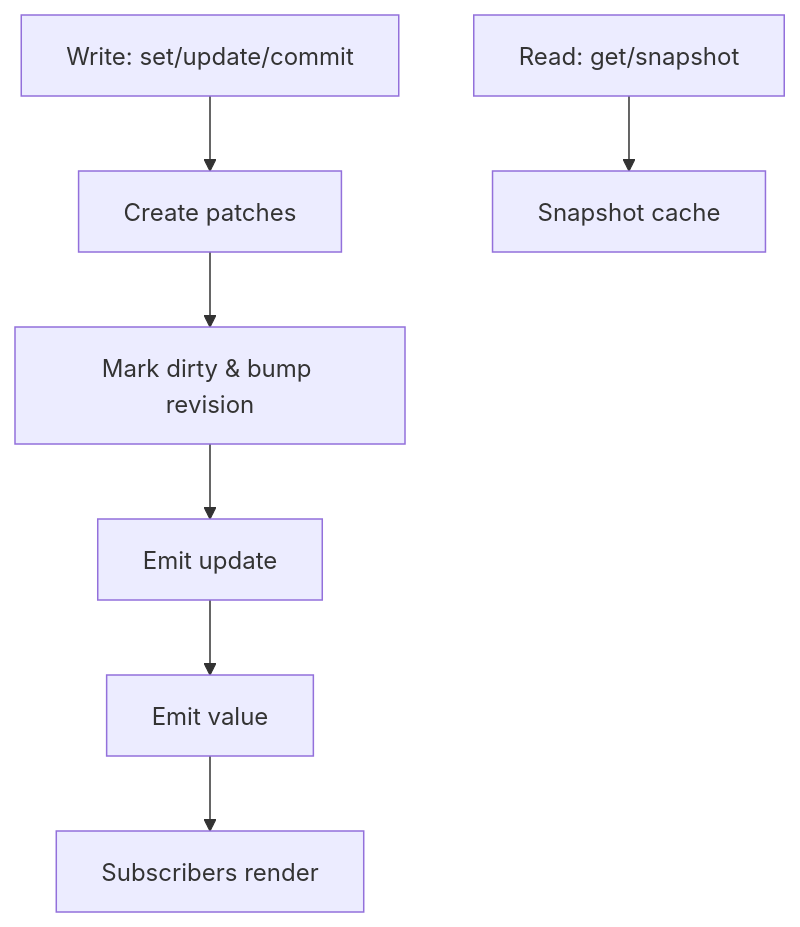
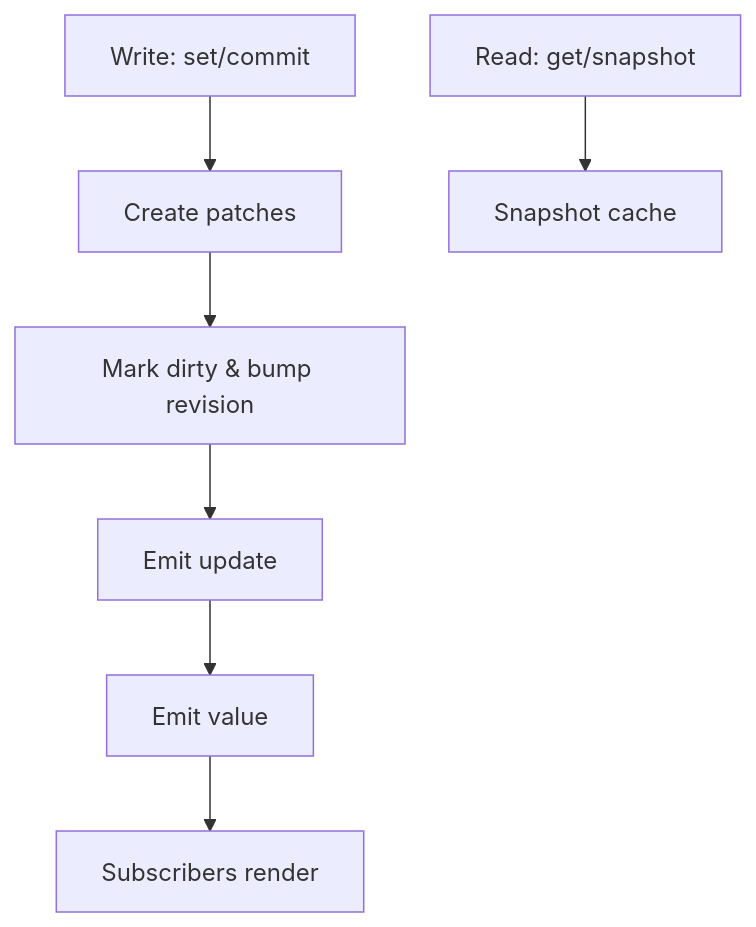
One commit to AIluffy/io changed the diagram in apps/docs/src/content/docs/en/core-concepts/architecture.mdx. Above: the diagram before and after it, drawn with Mermaid. The commit also changed other lines of this file and 47 other files, not shown here.

````diff
--- a/apps/docs/src/content/docs/en/core-concepts/architecture.mdx
+++ b/apps/docs/src/content/docs/en/core-concepts/architecture.mdx
@@ -19,9 +19,9 @@
 ```mermaid
 flowchart TD
-  A[Write: set/update/commit] --> B[Create patches]
+  A[Write: set/commit] --> B[Create patches]
   B --> C[Mark dirty & bump revision]
   C --> D[Emit update]
   D --> E[Emit value]
   E --> F[Subscribers render]
   G[Read: get/snapshot] --> H[Snapshot cache]
 ```
````
